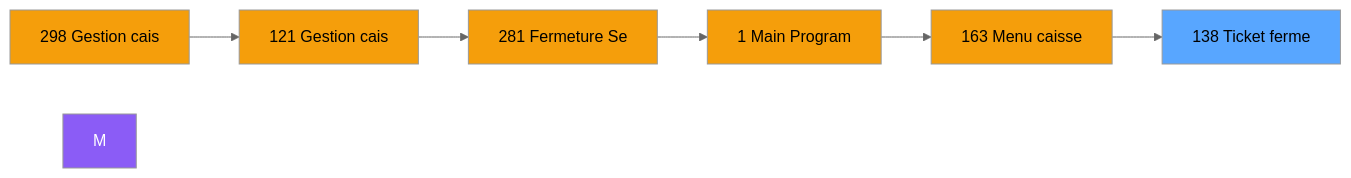
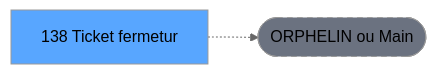
Before and after one commit to thonyAGP/lecteur-magic: the second of 3 diagrams in .openspec/renders/ADH-IDE-138.md, drawn with Mermaid (neutral theme). The commit also changed other lines of this file and 701 other files, not shown here.

````diff
--- a/.openspec/renders/ADH-IDE-138.md
+++ b/.openspec/renders/ADH-IDE-138.md
@@ -122,21 +124,8 @@
 ```mermaid
 graph LR
-    N298[298 Gestion cais]
-    N121[121 Gestion cais]
-    N281[281 Fermeture Se]
-    N1[1 Main Program]
-    N163[163 Menu caisse ]
-    T[138 Ticket ferme]
-    N298 --> N121
-    N121 --> N281
-    N281 --> N1
-    N1 --> N163
-    N163 --> T
-    style M fill:#8b5cf6,color:#fff
-    style N298 fill:#f59e0b
-    style N121 fill:#f59e0b
-    style N281 fill:#f59e0b
-    style N1 fill:#f59e0b
-    style N163 fill:#f59e0b
+    T[138 Ticket fermetur]
+    ORPHAN([ORPHELIN ou Main])
+    T -.-> ORPHAN
     style T fill:#58a6ff,color:#000
+    style ORPHAN fill:#6b7280,stroke-dasharray: 5 5
 ```
````
